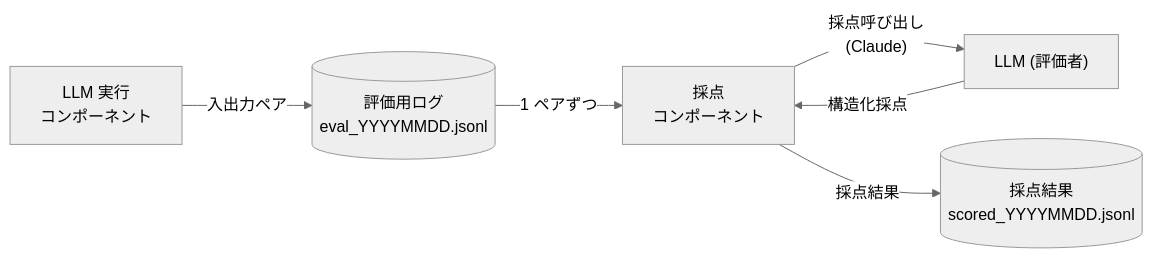
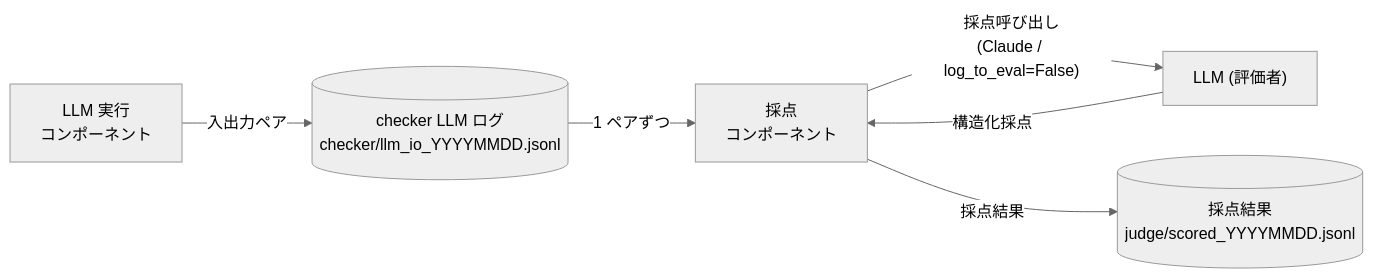
One commit to daisuke0412/md-checker changed the fourth of 5 diagrams in docs/architecture.md. Above: the diagram before and after it, drawn with Mermaid (neutral theme). The commit also changed other lines of this file and 40 other files, not shown here.

Commit message:
modify: architecture

````diff
--- a/docs/architecture.md
+++ b/docs/architecture.md
@@ -119,8 +119,8 @@
 ```mermaid
 flowchart LR
-    pipe["LLM 実行<br/>コンポーネント"] -->|"入出力ペア"| log[("評価用ログ<br/>eval_YYYYMMDD.jsonl")]
+    pipe["LLM 実行<br/>コンポーネント"] -->|"入出力ペア"| log[("checker LLM ログ<br/>checker/llm_io_YYYYMMDD.jsonl")]
     log -->|"1 ペアずつ"| judge["採点<br/>コンポーネント"]
-    judge -->|"採点呼び出し<br/>(Claude)"| llm["LLM (評価者)"]
+    judge -->|"採点呼び出し<br/>(Claude / log_to_eval=False)"| llm["LLM (評価者)"]
     llm -->|"構造化採点"| judge
-    judge -->|"採点結果"| scored[("採点結果<br/>scored_YYYYMMDD.jsonl")]
+    judge -->|"採点結果"| scored[("採点結果<br/>judge/scored_YYYYMMDD.jsonl")]
 ```
````
